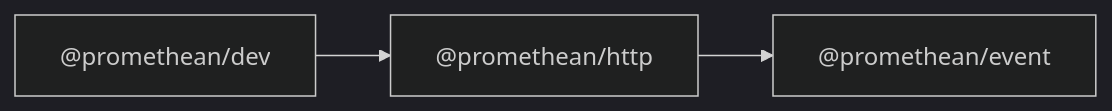
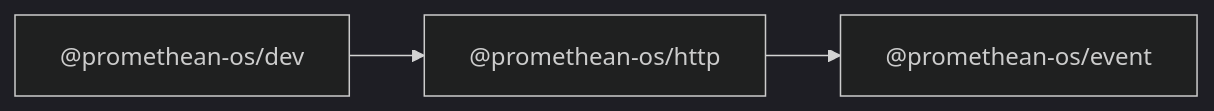
Before and after one commit to octave-commons/promethean: the diagram in docs/packages/http/README.md, drawn with Mermaid (dark theme). The commit also changed other lines of this file and 1753 other files, not shown here.

````diff
--- a/docs/packages/http/README.md
+++ b/docs/packages/http/README.md
@@ -14,10 +14,10 @@
 ```mermaid
 graph LR
-  A["@promethean/http"]
-  D1["@promethean/event"]
-  R1["@promethean/dev"]
-  A --> D1["@promethean/event"]
-  R1["@promethean/dev"] --> A
-  click D1 "../event/README.md" "@promethean/event"
-  click R1 "../dev/README.md" "@promethean/dev"
+  A["@promethean-os/http"]
+  D1["@promethean-os/event"]
+  R1["@promethean-os/dev"]
+  A --> D1["@promethean-os/event"]
+  R1["@promethean-os/dev"] --> A
+  click D1 "../event/README.md" "@promethean-os/event"
+  click R1 "../dev/README.md" "@promethean-os/dev"
 ```
````
